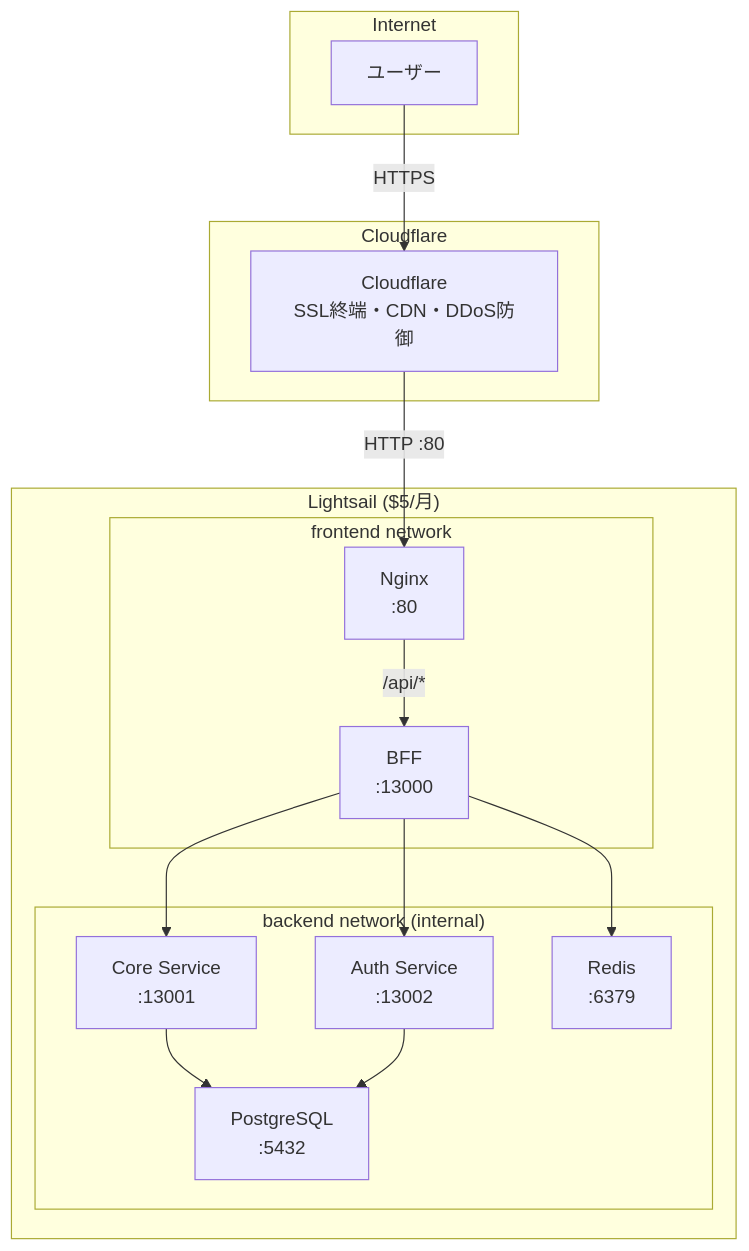
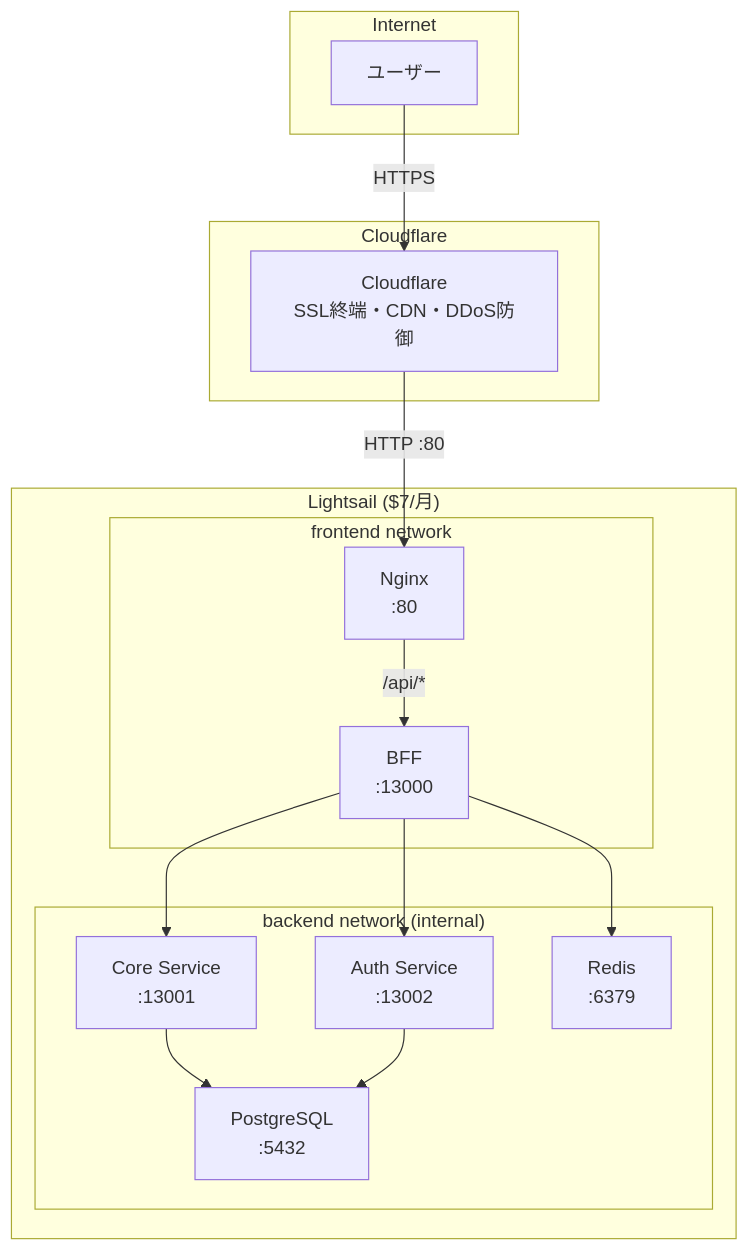
The diagram in infra/lightsail/README.md (ka2kama/ringiflow), drawn with Mermaid before and after one commit. The commit also changed other lines of this file and 7 other files, not shown here.

````diff
--- a/infra/lightsail/README.md
+++ b/infra/lightsail/README.md
@@ -15,32 +15,32 @@
 ```mermaid
 graph TB
     subgraph Internet
         User["ユーザー"]
     end
 
     subgraph Cloudflare
         CF["Cloudflare<br/>SSL終端・CDN・DDoS防御"]
     end
 
-    subgraph Lightsail["Lightsail ($5/月)"]
+    subgraph Lightsail["Lightsail ($7/月)"]
         subgraph Frontend["frontend network"]
             Nginx["Nginx<br/>:80"]
             BFF["BFF<br/>:13000"]
         end
         subgraph Backend["backend network (internal)"]
             CoreService["Core Service<br/>:13001"]
             AuthService["Auth Service<br/>:13002"]
             Postgres["PostgreSQL<br/>:5432"]
             Redis["Redis<br/>:6379"]
         end
     end
 
     User -->|HTTPS| CF
     CF -->|HTTP :80| Nginx
     Nginx -->|/api/*| BFF
     BFF --> CoreService
     BFF --> AuthService
     CoreService --> Postgres
     AuthService --> Postgres
     BFF --> Redis
 ```
````
